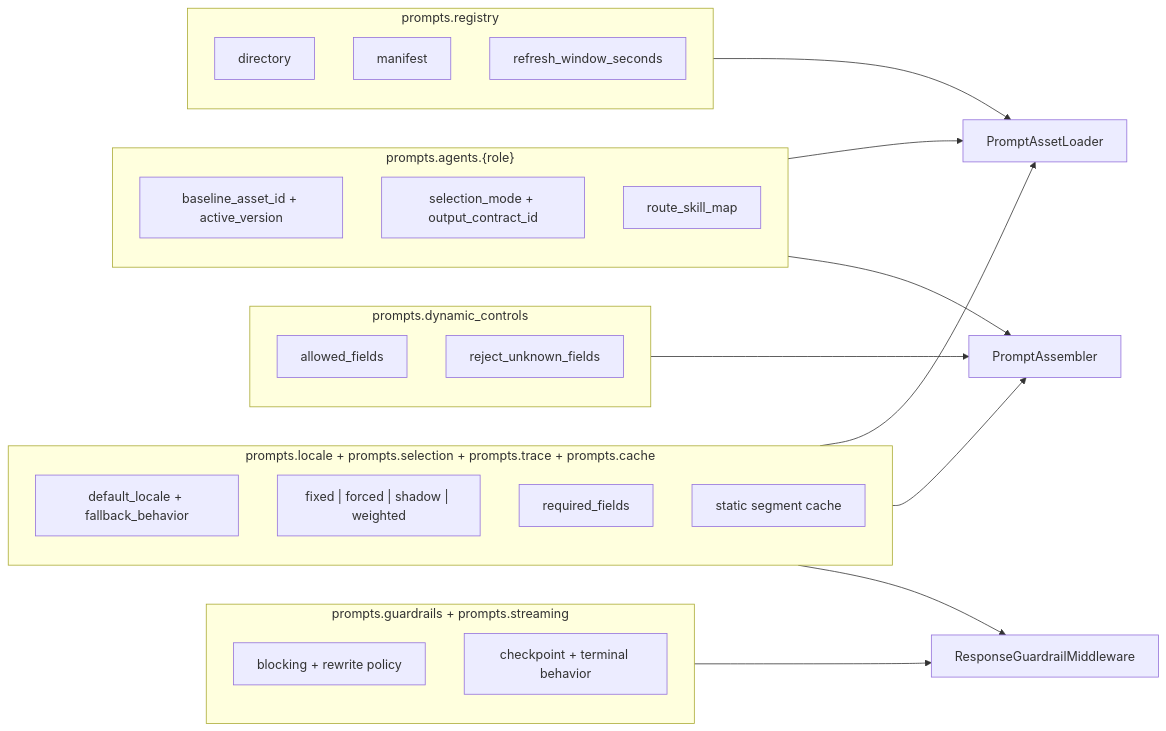
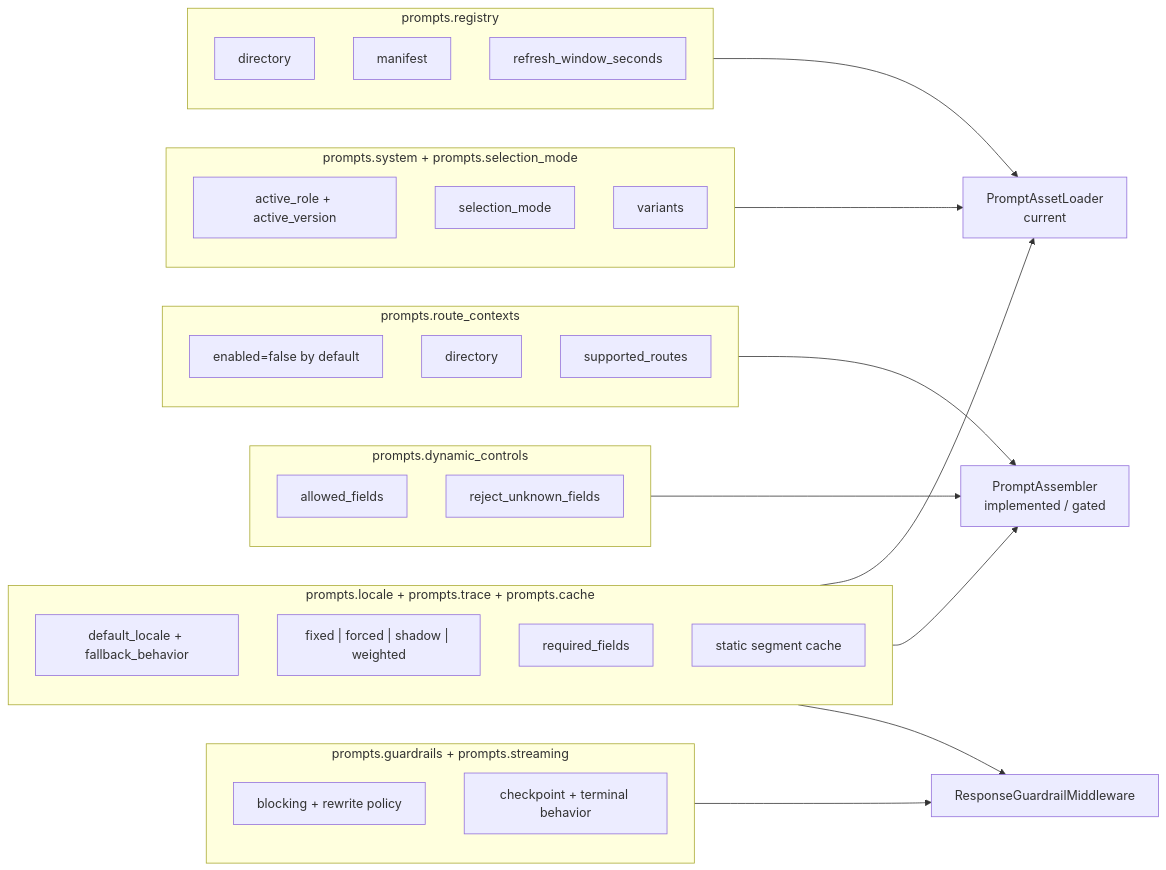
Diagram 15 of 20 in docs/domains/agent/TECHNICAL_DESIGN.md (d-dragon/dp-stock-investment-assistant), drawn with Mermaid before and after one commit. The commit also changed other lines of this file, not shown here.

First line of the commit message:
docs(agent): align agent technical design with verified evidence sources

````diff
--- a/docs/domains/agent/TECHNICAL_DESIGN.md
+++ b/docs/domains/agent/TECHNICAL_DESIGN.md
@@ -848,36 +957,41 @@
 ```mermaid
 flowchart LR
 	subgraph Registry["prompts.registry"]
 		Dir["directory"]
 		Man["manifest"]
 		Refresh["refresh_window_seconds"]
 	end
-	subgraph AgentCfg["prompts.agents.{role}"]
-		Version["baseline_asset_id + active_version"]
-		Mode["selection_mode + output_contract_id"]
-		RouteMap["route_skill_map"]
+	subgraph SystemCfg["prompts.system + prompts.selection_mode"]
+		Version["active_role + active_version"]
+		Mode["selection_mode"]
+		Variants["variants"]
+	end
+	subgraph RouteCfg["prompts.route_contexts"]
+		RouteEnabled["enabled=false by default"]
+		RouteDir["directory"]
+		Supported["supported_routes"]
 	end
 	subgraph Controls["prompts.dynamic_controls"]
 		Allow["allowed_fields"]
 		Reject["reject_unknown_fields"]
 	end
 	subgraph GuardCfg["prompts.guardrails + prompts.streaming"]
 		GuardKeys["blocking + rewrite policy"]
 		StreamKeys["checkpoint + terminal behavior"]
 	end
-	subgraph Policy["prompts.locale + prompts.selection + prompts.trace + prompts.cache"]
+	subgraph Policy["prompts.locale + prompts.trace + prompts.cache"]
 		Locale["default_locale + fallback_behavior"]
 		Rollout["fixed | forced | shadow | weighted"]
 		TraceFields["required_fields"]
 		Cache["static segment cache"]
 	end
 
-	Registry --> Loader["PromptAssetLoader"]
-	AgentCfg --> Loader
-	AgentCfg --> Assembler["PromptAssembler"]
+	Registry --> Loader["PromptAssetLoader\ncurrent"]
+	SystemCfg --> Loader
+	RouteCfg --> Assembler["PromptAssembler\nimplemented / gated"]
 	Controls --> Assembler
 	GuardCfg --> Guard["ResponseGuardrailMiddleware"]
 	Policy --> Loader
 	Policy --> Assembler
 	Policy --> Guard
 ```
````
